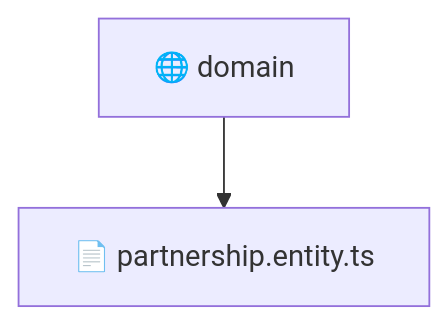
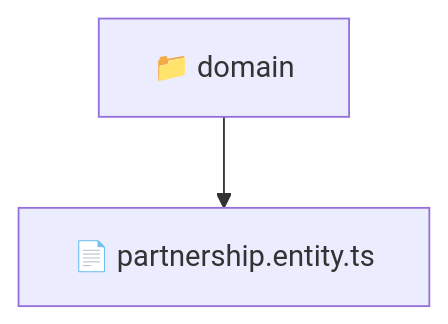
Before and after one commit to beginwebdev2002/fullstack-mavluda: the diagram in backend/src/modules/partnership/domain/README.md, drawn with Mermaid. The commit also changed other lines of this file and 159 other files, not shown here.

````diff
--- a/backend/src/modules/partnership/domain/README.md
+++ b/backend/src/modules/partnership/domain/README.md
@@ -11,5 +9,5 @@
 ```mermaid
 graph TD
-  domain["🌐 domain"]
-  domain --> domain_partnership_entity_ts["📄 partnership.entity.ts"]
+  Root["📁 domain"]
+  Root --> partnership_entity_ts["📄 partnership.entity.ts"]
 ```
````
